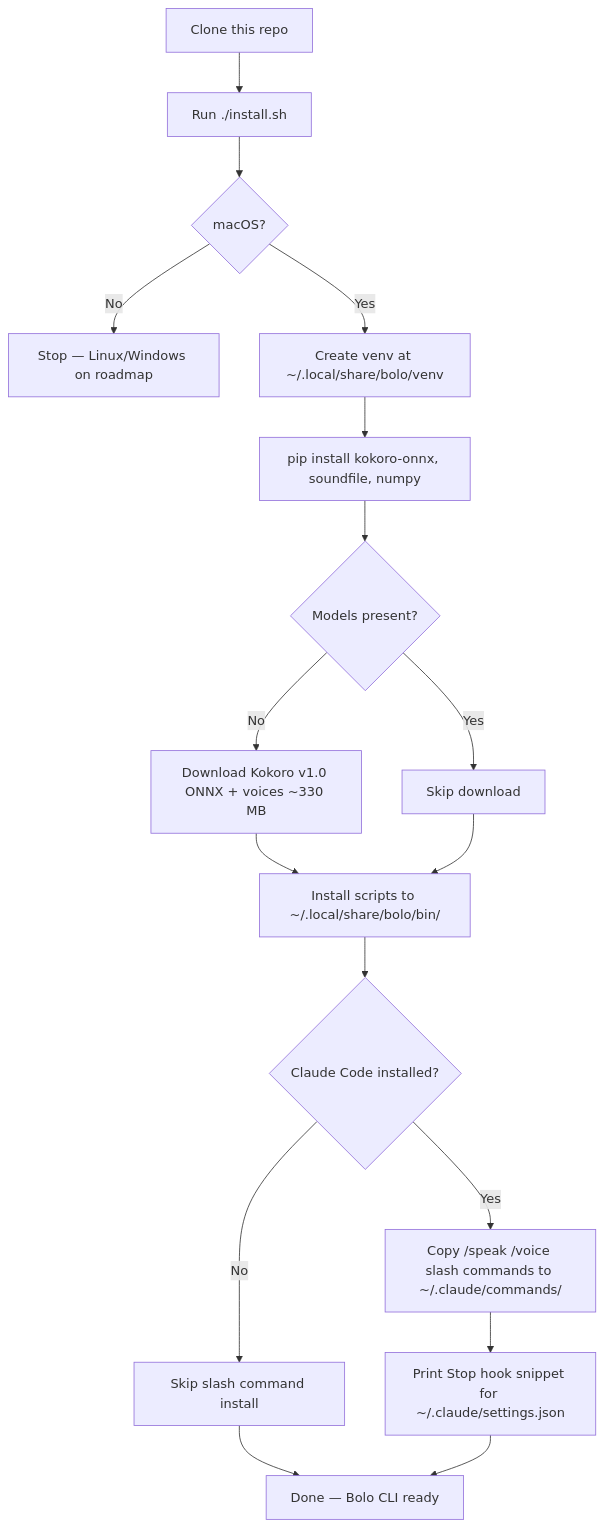
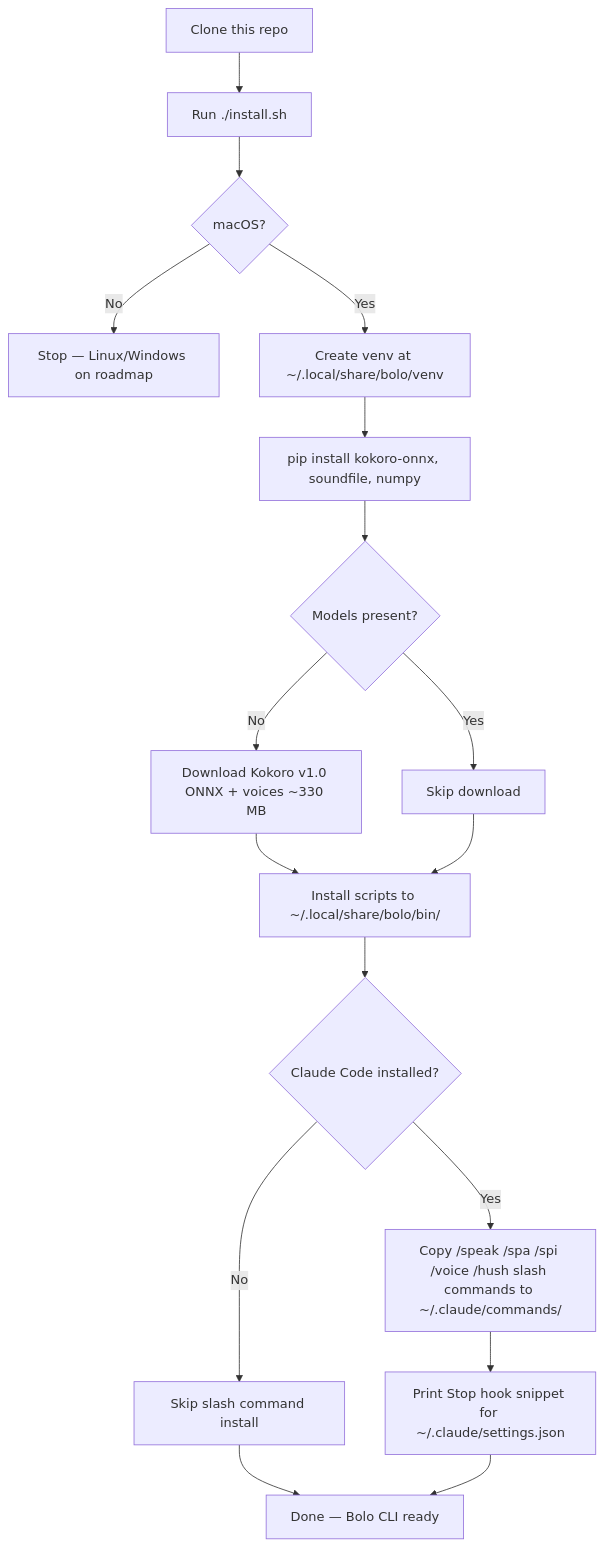
The first of 2 diagrams in README.md (sumanthmukkala/bolo), drawn with Mermaid before and after one commit. The commit also changed other lines of this file and 4 other files, not shown here.

First line of the commit message:
Add /spa and /spi voice shortcuts, fix HUD path for slash commands

````diff
--- a/README.md
+++ b/README.md
@@ -60,19 +60,19 @@
 ```mermaid
 flowchart TD
     A[Clone this repo] --> B[Run ./install.sh]
     B --> C{macOS?}
     C -->|No| Z[Stop — Linux/Windows on roadmap]
     C -->|Yes| D[Create venv at ~/.local/share/bolo/venv]
     D --> E[pip install kokoro-onnx, soundfile, numpy]
     E --> F{Models present?}
     F -->|No| G[Download Kokoro v1.0 ONNX + voices ~330 MB]
     F -->|Yes| H[Skip download]
     G --> I[Install scripts to ~/.local/share/bolo/bin/]
     H --> I
     I --> J{Claude Code installed?}
-    J -->|Yes| K[Copy /speak /voice slash commands to ~/.claude/commands/]
+    J -->|Yes| K[Copy /speak /spa /spi /voice /hush slash commands to ~/.claude/commands/]
     J -->|No| L[Skip slash command install]
     K --> M[Print Stop hook snippet for ~/.claude/settings.json]
     L --> N[Done — Bolo CLI ready]
     M --> N
 ```
````
